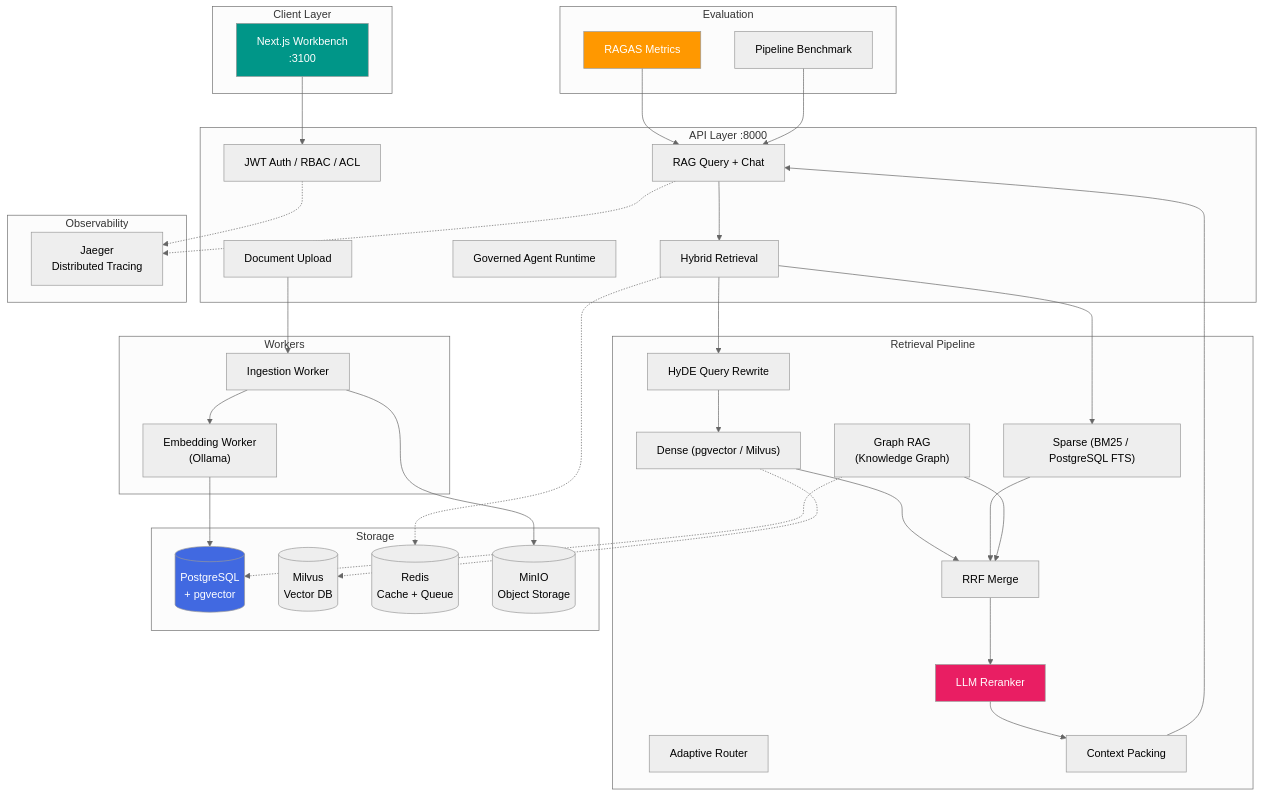
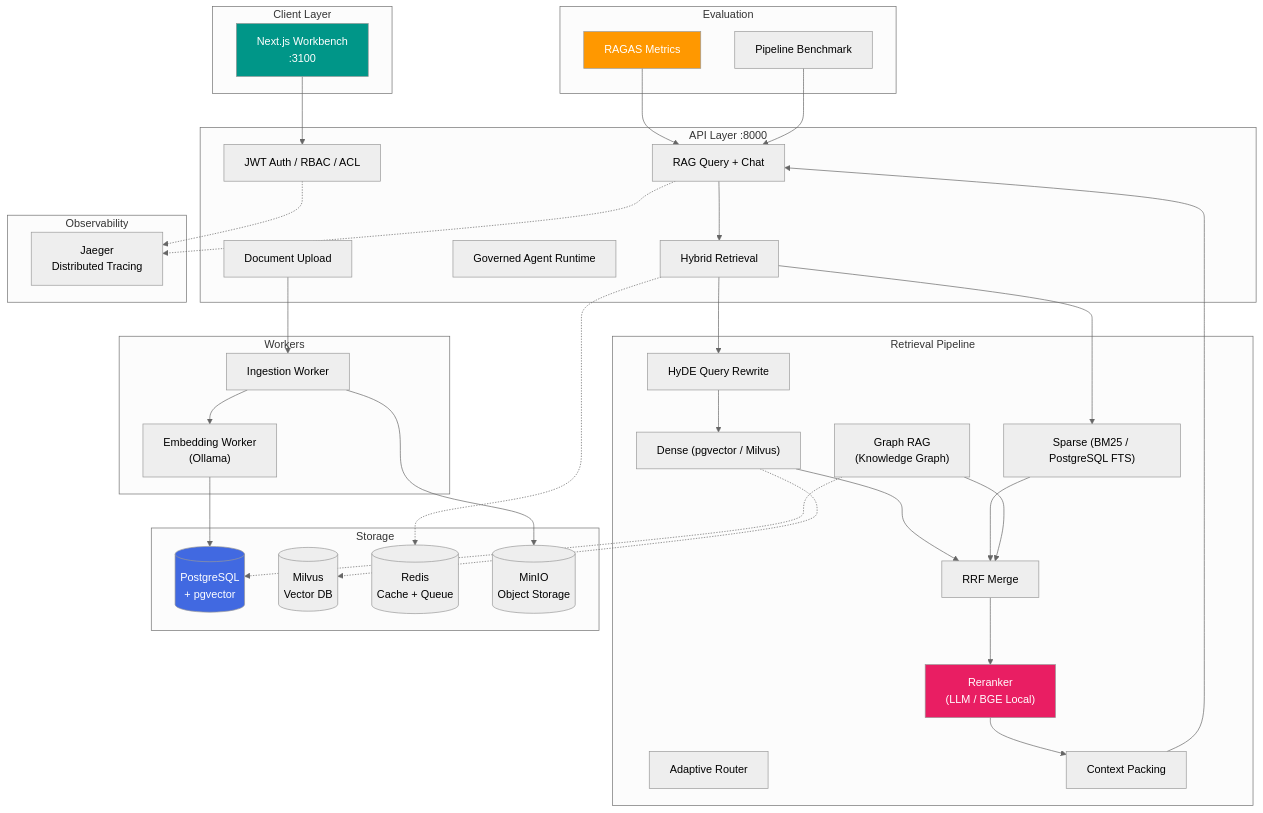
Before and after one commit to chyinan/AegisRAG: the diagram in README.md, drawn with Mermaid (neutral theme). The commit also changed other lines of this file and 6 other files, not shown here.

First line of the commit message:
fix: BGE Local Reranker score normalization + debug logging

````diff
--- a/README.md
+++ b/README.md
@@ -48,71 +48,71 @@
 ```mermaid
 graph TB
     subgraph "Client Layer"
         Web["Next.js Workbench<br/>:3100"]
     end
 
     subgraph "API Layer :8000"
         Auth["JWT Auth / RBAC / ACL"]
         Upload["Document Upload"]
         Query["RAG Query + Chat"]
         Agent["Governed Agent Runtime"]
         Retrieve["Hybrid Retrieval"]
     end
 
     subgraph "Retrieval Pipeline"
         Rewrite["HyDE Query Rewrite"]
         Route["Adaptive Router"]
         Dense["Dense (pgvector / Milvus)"]
         Sparse["Sparse (BM25 / PostgreSQL FTS)"]
         Graph["Graph RAG<br/>(Knowledge Graph)"]
         RRF["RRF Merge"]
-        Rerank["LLM Reranker"]
+        Rerank["Reranker<br/>(LLM / BGE Local)"]
         Pack["Context Packing"]
     end
 
     subgraph "Storage"
         PG[("PostgreSQL<br/>+ pgvector")]
         Milvus[("Milvus<br/>Vector DB")]
         Redis[("Redis<br/>Cache + Queue")]
         MinIO[("MinIO<br/>Object Storage")]
     end
 
     subgraph "Workers"
         Ingestion["Ingestion Worker"]
         Embedding["Embedding Worker<br/>(Ollama)"]
     end
 
     subgraph "Evaluation"
         RAGAS["RAGAS Metrics"]
         Benchmark["Pipeline Benchmark"]
     end
 
     subgraph "Observability"
         Jaeger["Jaeger<br/>Distributed Tracing"]
     end
 
     Web --> Auth
     Upload --> Ingestion
     Ingestion --> MinIO
     Ingestion --> Embedding
     Embedding --> PG
     Query --> Retrieve
     Retrieve --> Rewrite --> Dense
     Retrieve --> Sparse
     Dense --> RRF
     Sparse --> RRF
     Graph --> RRF
     RRF --> Rerank --> Pack --> Query
     Retrieve -.-> Redis
     Dense -.-> Milvus
     Graph -.-> PG
     RAGAS --> Query
     Benchmark --> Query
     Auth -.-> Jaeger
     Query -.-> Jaeger
 
     style Web fill:#009688,color:#fff
     style Rerank fill:#e91e63,color:#fff
     style RAGAS fill:#ff9800,color:#fff
     style PG fill:#4169E1,color:#fff
 ```
````
